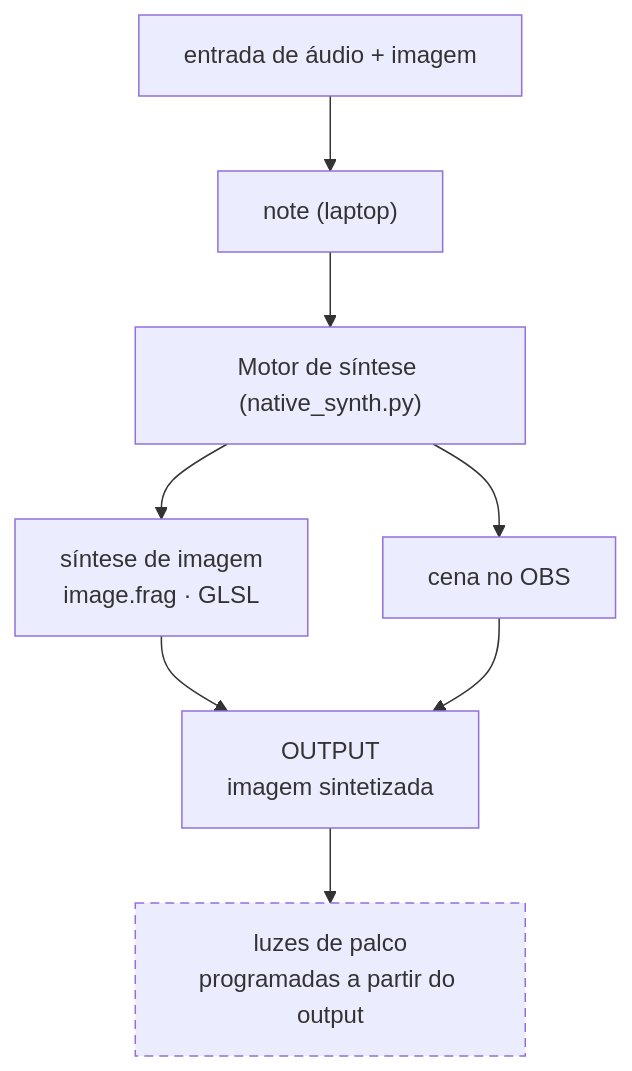
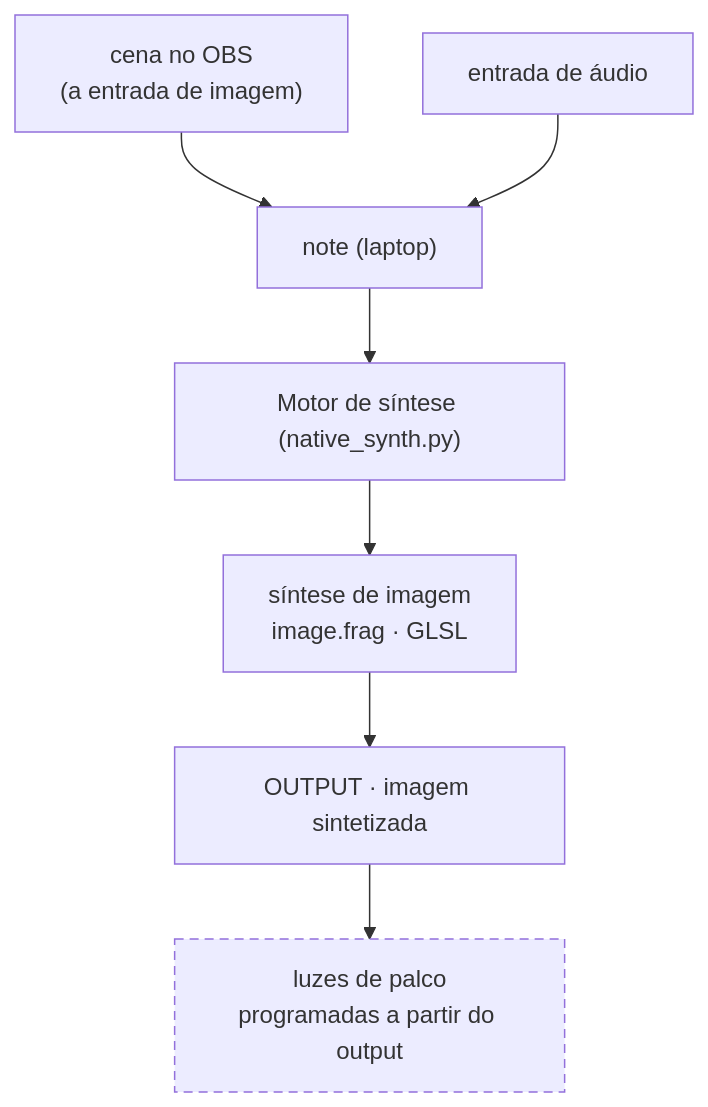
Before and after one commit to paulocremas/cremas-synth-lab: the second of 2 diagrams in README.md, drawn with Mermaid. The commit also changed other lines of this file, not shown here.

Commit message:
Fix flow 2: OBS scene is the image input, not a parallel branch to OUTPUT

````diff
--- a/README.md
+++ b/README.md
@@ -194,13 +194,12 @@
 ```mermaid
 flowchart TD
-    IN["entrada de áudio + imagem"] --> NOTE["note (laptop)"]
+    OBS["cena no OBS<br/>(a entrada de imagem)"] --> NOTE["note (laptop)"]
+    AUDIO["entrada de áudio"] --> NOTE
     NOTE --> APP["Motor de síntese (native_synth.py)"]
     APP --> SYN["síntese de imagem<br/>image.frag · GLSL"]
-    APP --> OBS["cena no OBS"]
-    SYN --> OUT["OUTPUT<br/>imagem sintetizada"]
-    OBS --> OUT
+    SYN --> OUT["OUTPUT · imagem sintetizada"]
     OUT --> LIGHTS["luzes de palco<br/>programadas a partir do output"]
 
     classDef todo stroke-dasharray: 6 4;
     class LIGHTS todo;
 ```
````
